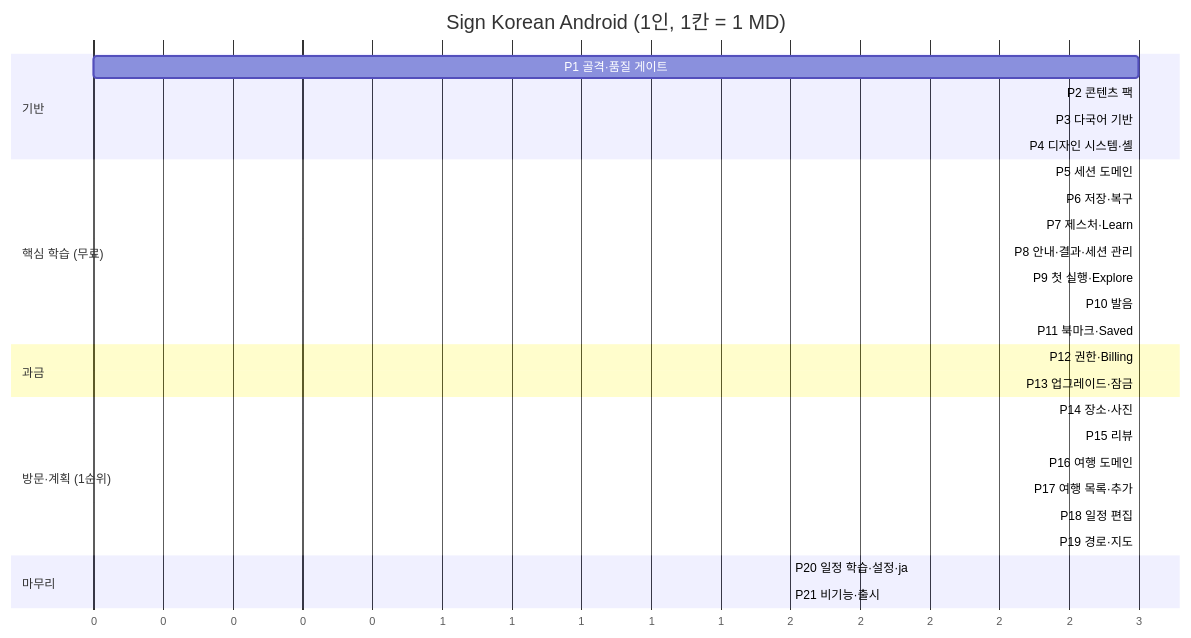
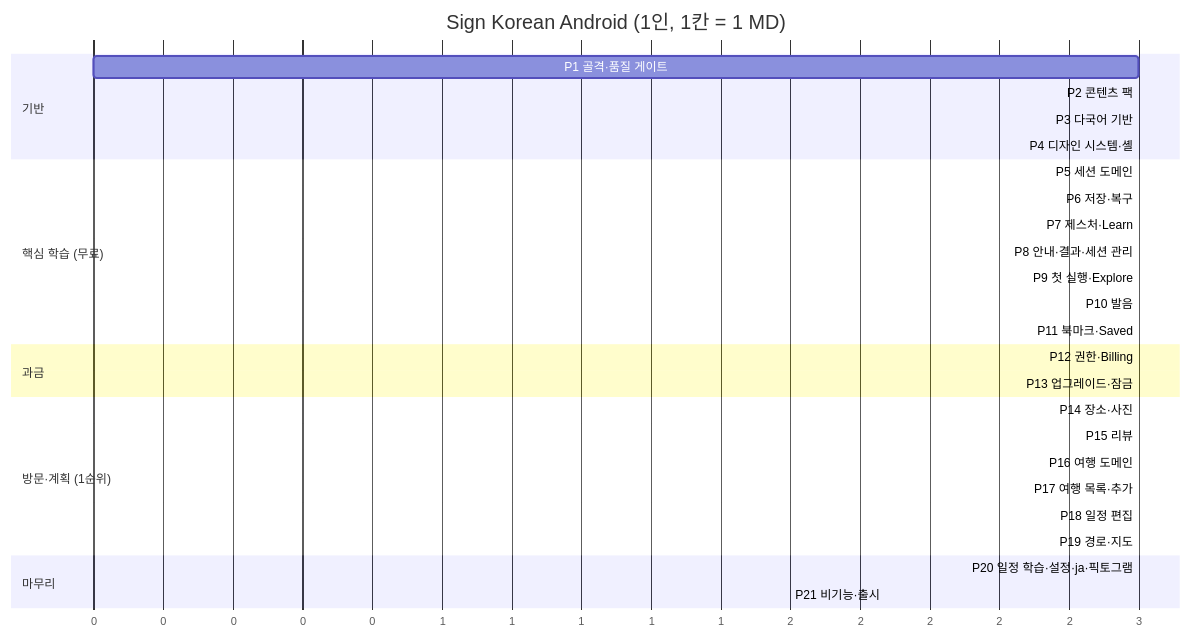
The diagram in IMPLEMENTATION_PLAN.md (ksm031116-creator/Korean-Sign-Language-Study-and-Travel-Plan), drawn with Mermaid before and after one commit. The commit also changed other lines of this file and 3 other files, not shown here.

````diff
--- a/IMPLEMENTATION_PLAN.md
+++ b/IMPLEMENTATION_PLAN.md
@@ -60,32 +60,32 @@
 ```mermaid
 gantt
   title Sign Korean Android (1인, 1칸 = 1 MD)
   dateFormat X
   axisFormat %s
   section 기반
   P1 골격·품질 게이트      :p1, 0, 3
   P2 콘텐츠 팩            :p2, after p1, 3
   P3 다국어 기반           :p3, after p2, 3
   P4 디자인 시스템·셸       :p4, after p3, 3
   section 핵심 학습 (무료)
   P5 세션 도메인           :p5, after p4, 3
   P6 저장·복구             :p6, after p5, 3
   P7 제스처·Learn          :p7, after p6, 3
   P8 안내·결과·세션 관리     :p8, after p7, 3
   P9 첫 실행·Explore        :p9, after p8, 3
   P10 발음                :p10, after p9, 3
   P11 북마크·Saved          :p11, after p10, 3
   section 과금
   P12 권한·Billing          :p12, after p11, 3
   P13 업그레이드·잠금        :p13, after p12, 3
   section 방문·계획 (1순위)
   P14 장소·사진             :p14, after p13, 3
   P15 리뷰                 :p15, after p14, 3
   P16 여행 도메인            :p16, after p15, 3
   P17 여행 목록·추가         :p17, after p16, 3
   P18 일정 편집             :p18, after p17, 3
   P19 경로·지도             :p19, after p18, 3
   section 마무리
-  P20 일정 학습·설정·ja      :p20, after p19, 2
+  P20 일정 학습·설정·ja·픽토그램 :p20, after p19, 3
   P21 비기능·출시            :p21, after p20, 2
 ```
````
